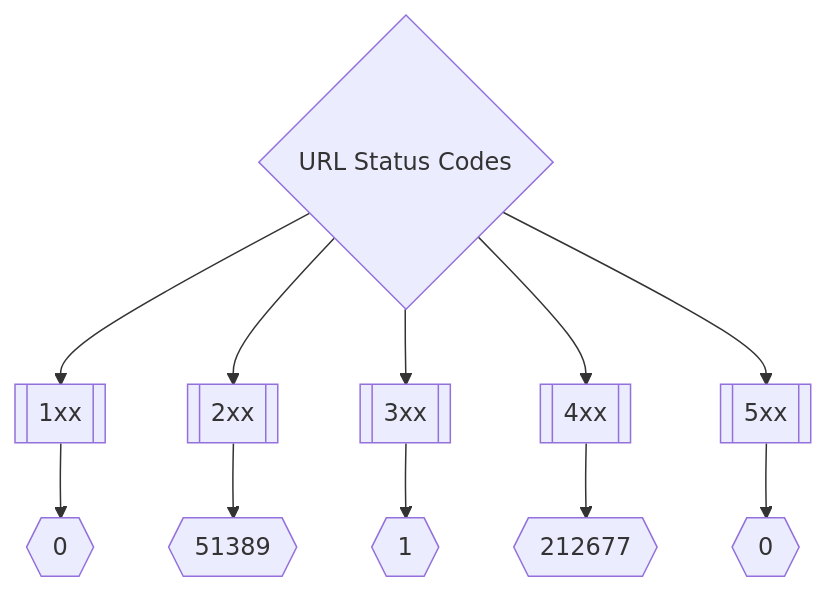
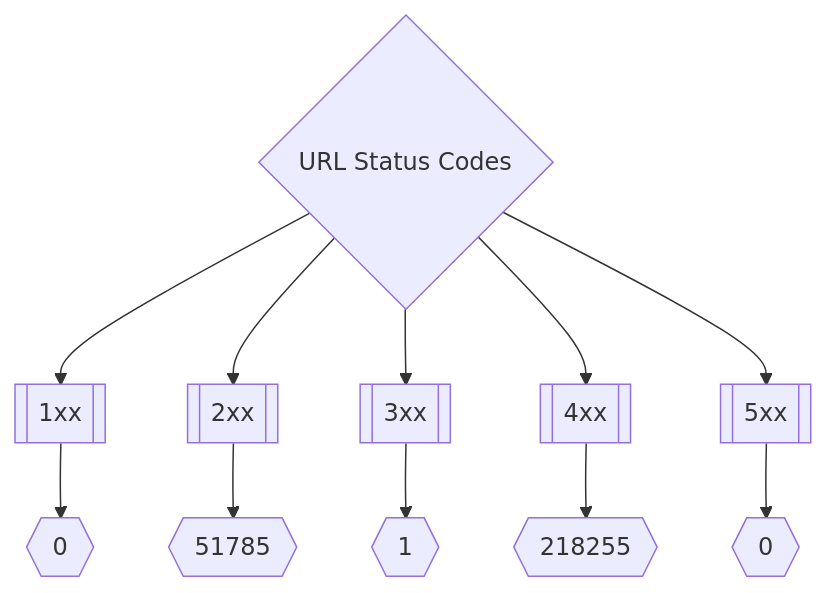
Before and after one commit to trickest/inventory: the second of 3 diagrams in README.md, drawn with Mermaid. The commit also changed other lines of this file, not shown here.

Commit message:
Update Sat Apr  2 16:05:21 UTC 2022

````diff
--- a/README.md
+++ b/README.md
@@ -173,8 +173,8 @@
 ```mermaid
 graph TD
 title{URL Status Codes} --> 1xx[[1xx]] --> status1xxNum{{0}}
-title --> 2xx[[2xx]] --> status2xxNum{{51389}}
+title --> 2xx[[2xx]] --> status2xxNum{{51785}}
 title --> 3xx[[3xx]] --> status3xxNum{{1}}
-title --> 4xx[[4xx]] --> status4xxNum{{212677}}
+title --> 4xx[[4xx]] --> status4xxNum{{218255}}
 title --> 5xx[[5xx]] --> status5xxNum{{0}}
 ```
````
